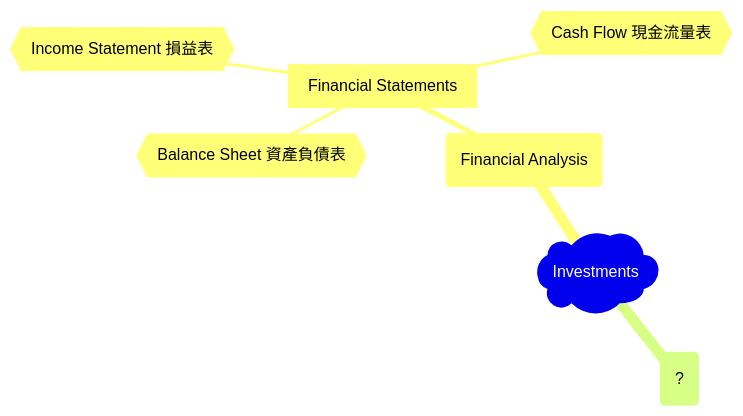
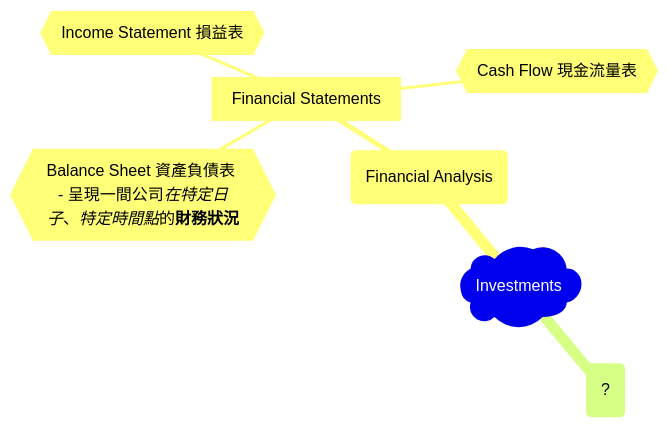
One commit to keenhenry/keenhenry.github.io changed the diagram in _posts/2025-01-15-investment-knowledge.md. Above: the diagram before and after it, drawn with Mermaid.

Commit message:
Update 2025-01-15-investment-knowledge.md
Add more descriptions to one node. W.I.P.

````diff
--- a/_posts/2025-01-15-investment-knowledge.md
+++ b/_posts/2025-01-15-investment-knowledge.md
@@ -13,10 +13,10 @@
 ```mermaid
 mindmap
   root)Investments(
     core1(Financial Analysis)
       fa-branch1[Financial Statements]
-        fs1{{Balance Sheet 資產負債表}}
+        fs1{{"`Balance Sheet 資產負債表 - 呈現一間公司*在特定日子*、*特定時間點*的**財務狀況**`"}}
         fs2{{Income Statement 損益表}}
         fs3{{Cash Flow 現金流量表}}
     core2(?)
 ```
````
